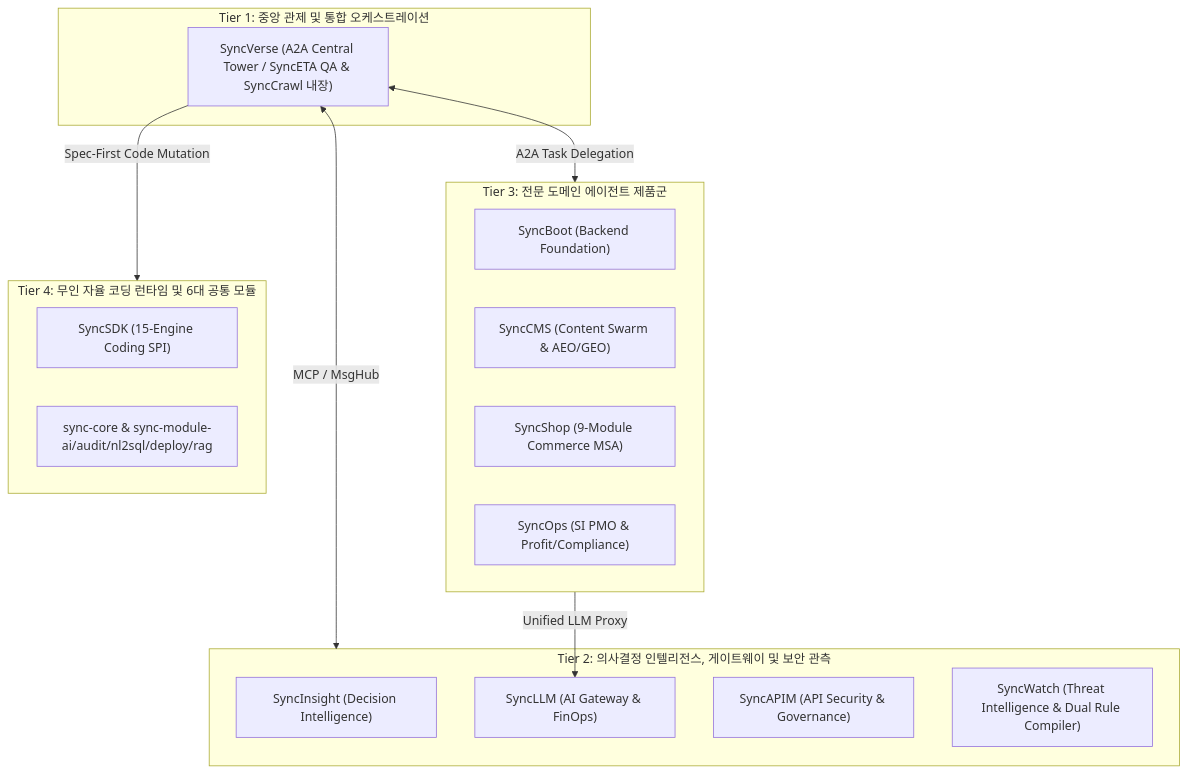
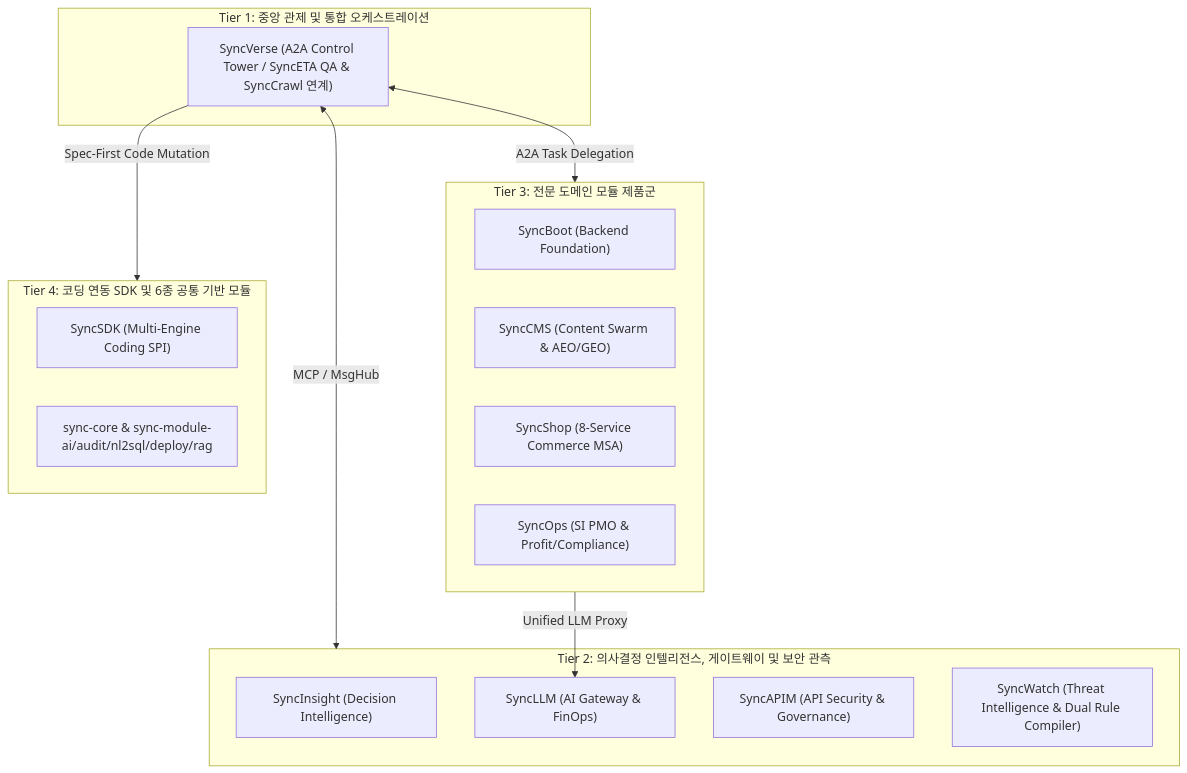
One commit to DramaticCollaboration/doc.github.io changed the first of 2 diagrams in ko/ecosystem/index.md. Above: the diagram before and after it, drawn with Mermaid. The commit also changed other lines of this file and 73 other files, not shown here.

````diff
--- a/ko/ecosystem/index.md
+++ b/ko/ecosystem/index.md
@@ -27,30 +29,30 @@
 ```mermaid
 flowchart TB
     subgraph Tier1 ["Tier 1: 중앙 관제 및 통합 오케스트레이션"]
-        SV["SyncVerse (A2A Central Tower / SyncETA QA & SyncCrawl 내장)"]
+        SV["SyncVerse (A2A Control Tower / SyncETA QA & SyncCrawl 연계)"]
     end
 
     subgraph Tier2 ["Tier 2: 의사결정 인텔리전스, 게이트웨이 및 보안 관측"]
         SI["SyncInsight (Decision Intelligence)"]
         SLLM["SyncLLM (AI Gateway & FinOps)"]
         SAPIM["SyncAPIM (API Security & Governance)"]
         SWATCH["SyncWatch (Threat Intelligence & Dual Rule Compiler)"]
     end
 
-    subgraph Tier3 ["Tier 3: 전문 도메인 에이전트 제품군"]
+    subgraph Tier3 ["Tier 3: 전문 도메인 모듈 제품군"]
         SB["SyncBoot (Backend Foundation)"]
         SCMS["SyncCMS (Content Swarm & AEO/GEO)"]
-        SSHOP["SyncShop (9-Module Commerce MSA)"]
+        SSHOP["SyncShop (8-Service Commerce MSA)"]
         SOPS["SyncOps (SI PMO & Profit/Compliance)"]
     end
 
-    subgraph Tier4 ["Tier 4: 무인 자율 코딩 런타임 및 6대 공통 모듈"]
-        SDK["SyncSDK (15-Engine Coding SPI)"]
+    subgraph Tier4 ["Tier 4: 코딩 연동 SDK 및 6종 공통 기반 모듈"]
+        SDK["SyncSDK (Multi-Engine Coding SPI)"]
         CORE["sync-core & sync-module-ai/audit/nl2sql/deploy/rag"]
     end
 
-    SV <--> |MCP / MsgHub| Tier2
+    SV <--> |"MCP / MsgHub"| Tier2
     SV <--> |A2A Task Delegation| Tier3
     SV --> |Spec-First Code Mutation| Tier4
     Tier3 --> |Unified LLM Proxy| SLLM
 ```
````
